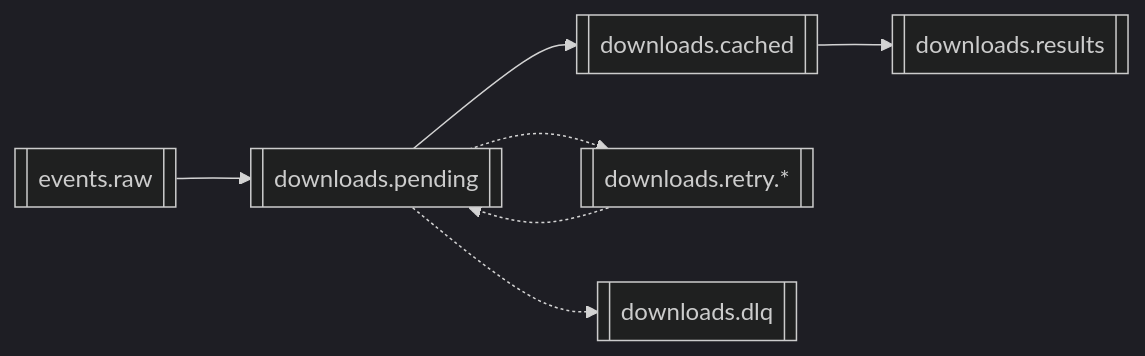
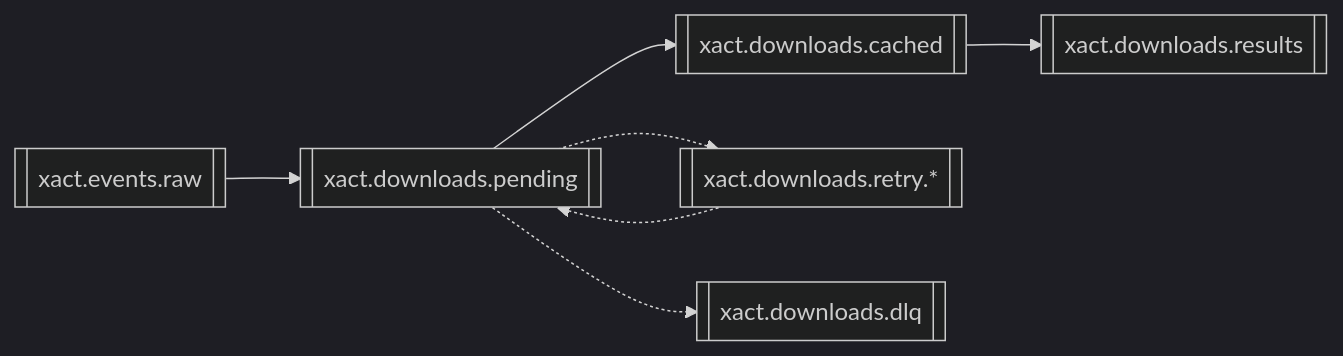
Before and after one commit to nd-smith/nsmkdvPipe: the third of 4 diagrams in docs/pipeline-overview.md, drawn with Mermaid (dark theme). The commit also changed other lines of this file and 231 other files, not shown here.

````diff
--- a/docs/pipeline-overview.md
+++ b/docs/pipeline-overview.md
@@ -41,9 +55,9 @@
 ```mermaid
 flowchart LR
-    raw[["events.raw"]] --> pending[["downloads.pending"]]
-    pending --> cached[["downloads.cached"]]
-    cached --> results[["downloads.results"]]
-    pending -.-> retry[["downloads.retry.*"]]
+    raw[["xact.events.raw"]] --> pending[["xact.downloads.pending"]]
+    pending --> cached[["xact.downloads.cached"]]
+    cached --> results[["xact.downloads.results"]]
+    pending -.-> retry[["xact.downloads.retry.*"]]
     retry -.-> pending
-    pending -.-> dlq[["downloads.dlq"]]
+    pending -.-> dlq[["xact.downloads.dlq"]]
 ```
````
